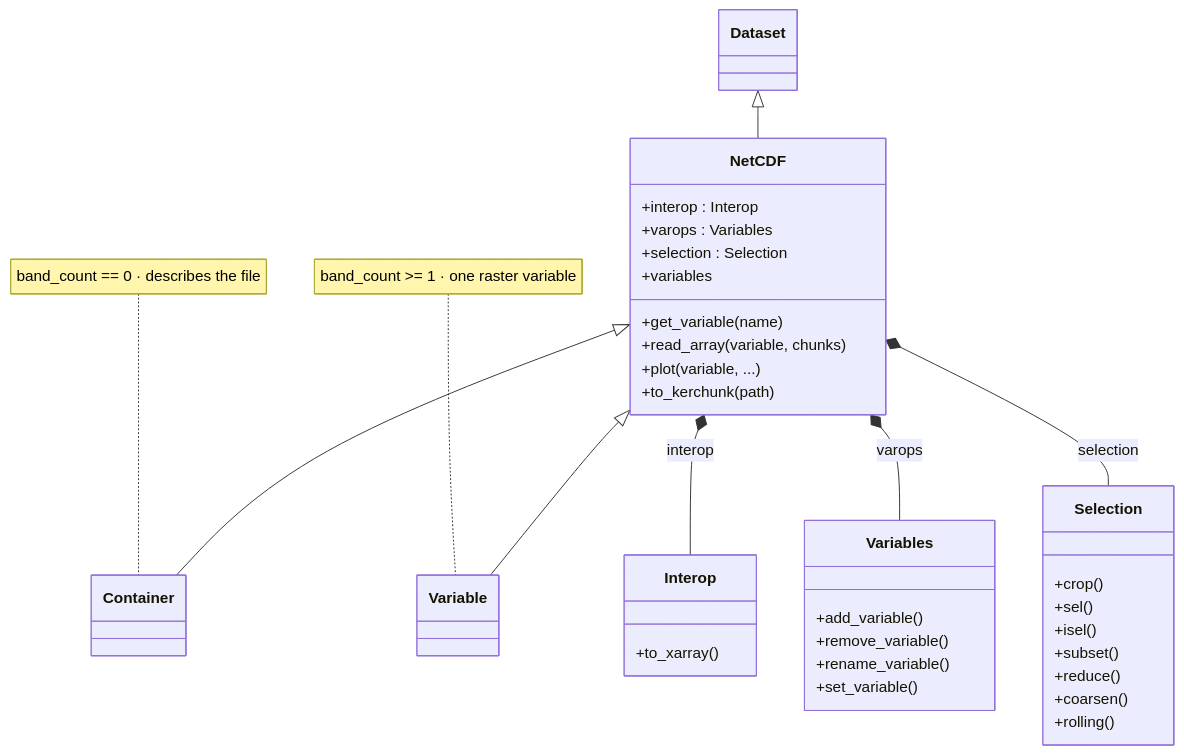
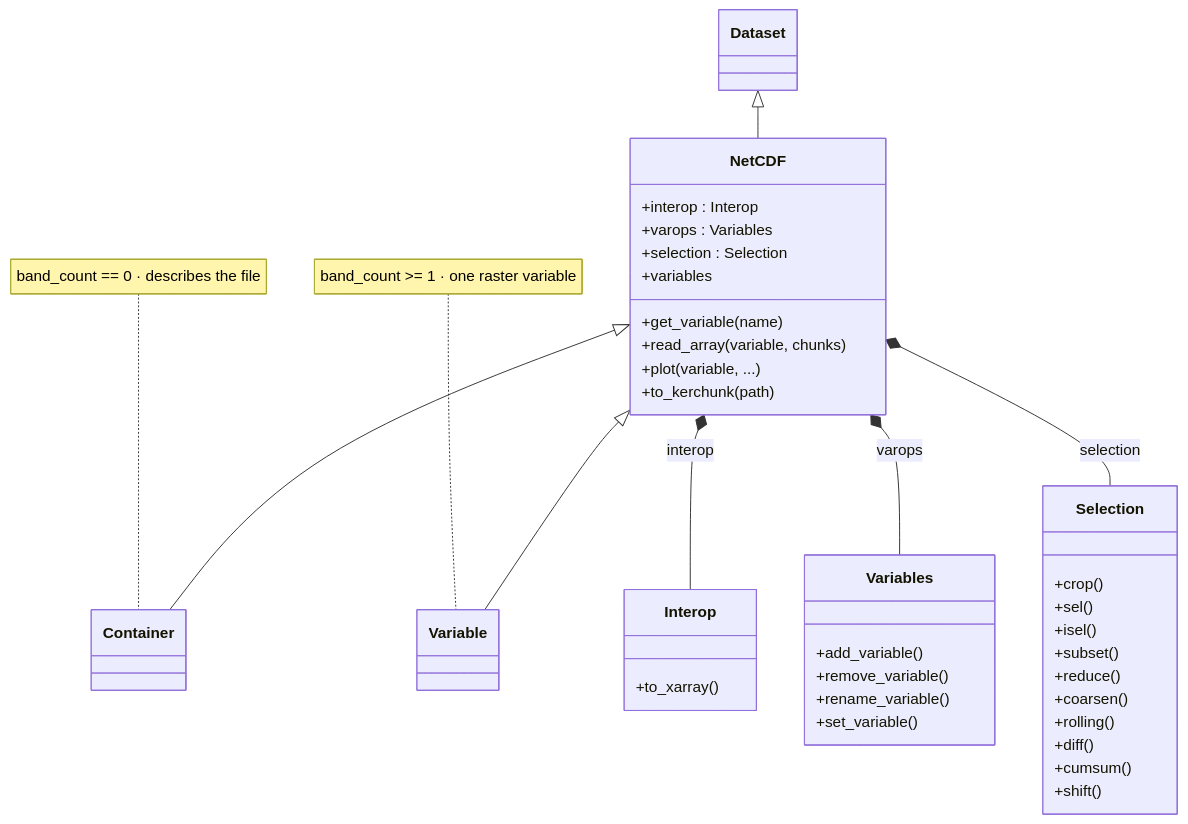
One commit to serapeum-org/pyramids changed the second of 3 diagrams in docs/reference/netcdf/index.md. Above: the diagram before and after it, drawn with Mermaid. The commit also changed 6 other files, not shown here.

First line of the commit message:
feat(netcdf): add diff, cumsum and shift along a dimension

````diff
--- a/docs/reference/netcdf/index.md
+++ b/docs/reference/netcdf/index.md
@@ -40,42 +40,45 @@
 ```mermaid
 classDiagram
     class Dataset
     class NetCDF {
       +interop : Interop
       +varops : Variables
       +selection : Selection
       +variables
       +get_variable(name)
       +read_array(variable, chunks)
       +plot(variable, ...)
       +to_kerchunk(path)
     }
     class Container
     class Variable
     class Interop {
       +to_xarray()
     }
     class Variables {
       +add_variable()
       +remove_variable()
       +rename_variable()
       +set_variable()
     }
     class Selection {
       +crop()
       +sel()
       +isel()
       +subset()
       +reduce()
       +coarsen()
       +rolling()
+      +diff()
+      +cumsum()
+      +shift()
     }
     Dataset <|-- NetCDF
     NetCDF <|-- Container
     NetCDF <|-- Variable
     NetCDF *-- Interop : interop
     NetCDF *-- Variables : varops
     NetCDF *-- Selection : selection
     note for Container "band_count == 0 · describes the file"
     note for Variable "band_count >= 1 · one raster variable"
 ```
````
